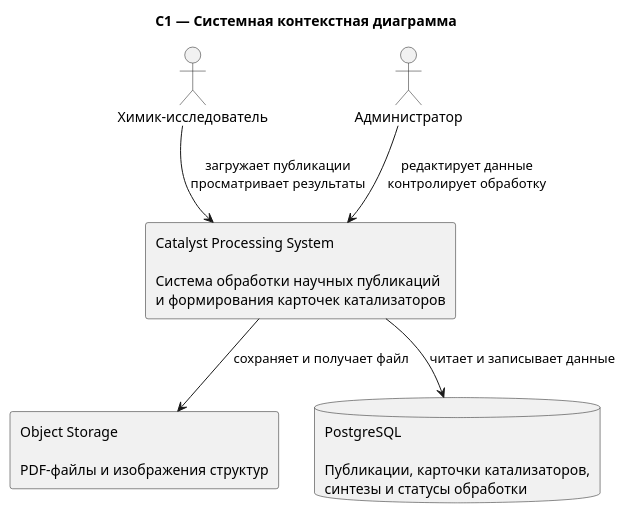
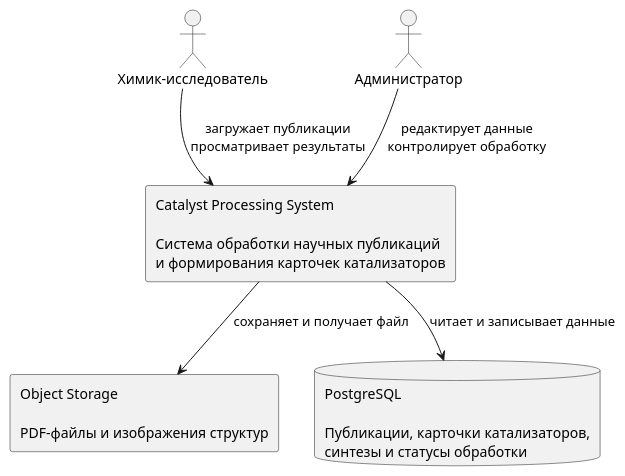
Before and after one commit to annastationn/Catalyst: the first of 2 diagrams in docs-site/docs/architecture/architecture.mdx, drawn with PlantUML. The commit also changed other lines of this file, not shown here.

````diff
--- a/docs-site/docs/architecture/architecture.mdx
+++ b/docs-site/docs/architecture/architecture.mdx
@@ -14,18 +14,16 @@
 ```plantuml
 @startuml
-
-title C1 — Системная контекстная диаграмма
 actor "Химик-исследователь" as researcher
 actor "Администратор" as admin
 
 rectangle "Catalyst Processing System\n\nСистема обработки научных публикаций\nи формирования карточек катализаторов" as system
 rectangle "Object Storage\n\nPDF-файлы и изображения структур" as storage
 database "PostgreSQL\n\nПубликации, карточки катализаторов,\nсинтезы и статусы обработки" as db
 
 researcher --> system : загружает публикации\nпросматривает результаты
 admin --> system : редактирует данные\nконтролирует обработку
 system --> storage : сохраняет и получает файл
 system --> db : читает и записывает данные
 
 @enduml
 ```
````
